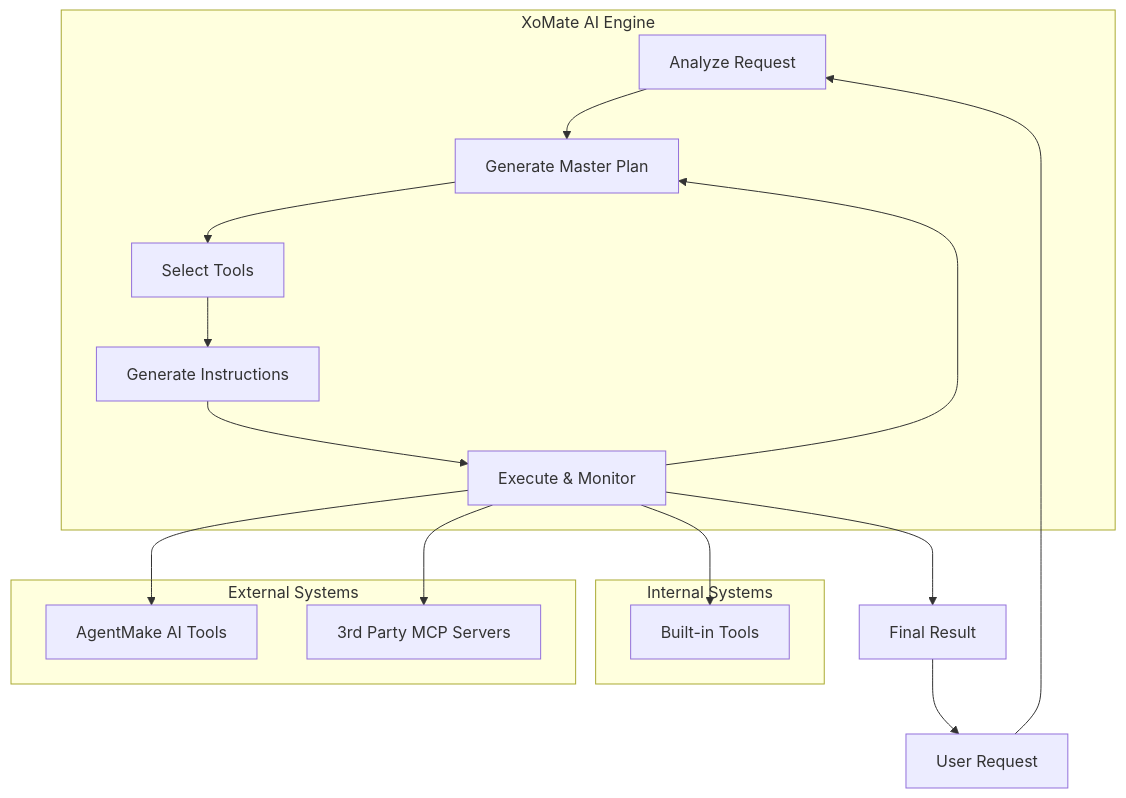
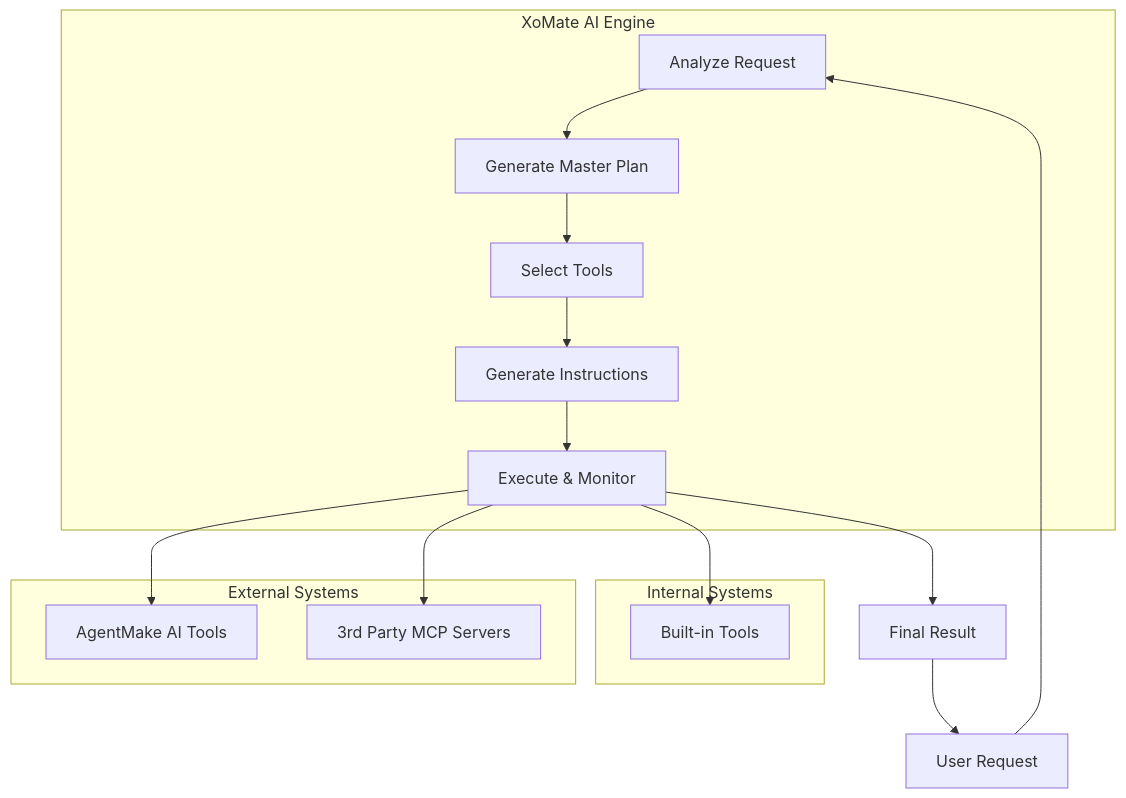
Before and after one commit to eliranwong/computemate: the diagram in README.md, drawn with Mermaid. The commit also changed other lines of this file and 9 other files, not shown here.

````diff
--- a/README.md
+++ b/README.md
@@ -48,34 +48,33 @@
 ```mermaid
 graph TD
     subgraph "XoMate AI Engine"
         B["Analyze Request"]
         C["Generate Master Plan"]
         D["Select Tools"]
         E["Generate Instructions"]
         F["Execute & Monitor"]
     end
 
     A["User Request"] --> B
     B --> C
     C --> D
     D --> E
     E --> F
-    F --> C
 
     subgraph "Internal Systems"
         J["Built-in Tools"]
     end
 
     subgraph "External Systems"
         G["AgentMake AI Tools"]
         H["3rd Party MCP Servers"]
     end
 
     F --> J
     F --> G
     F --> H
 
     I["Final Result"]
     F --> I
     I --> A
 ```
````
